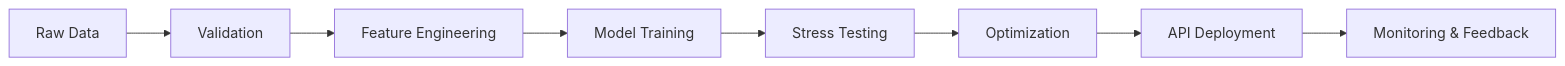
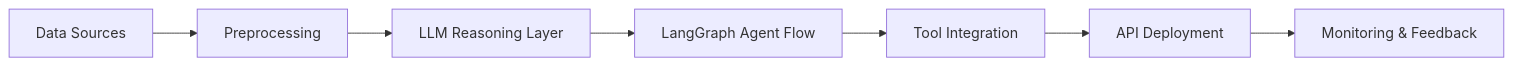
The diagram in README.md (DesiLadkaa/DesiLadkaa), drawn with Mermaid before and after one commit. The commit also changed other lines of this file, not shown here.

````diff
--- a/README.md
+++ b/README.md
@@ -32,10 +32,9 @@
 ```mermaid
 flowchart LR
-    A[Raw Data] --> B[Validation]
-    B --> C[Feature Engineering]
-    C --> D[Model Training]
-    D --> E[Stress Testing]
-    E --> F[Optimization]
-    F --> G[API Deployment]
-    G --> H[Monitoring & Feedback]
+    A[Data Sources] --> B[Preprocessing]
+    B --> C[LLM Reasoning Layer]
+    C --> D[LangGraph Agent Flow]
+    D --> E[Tool Integration]
+    E --> F[API Deployment]
+    F --> G[Monitoring & Feedback]
 ```
````
